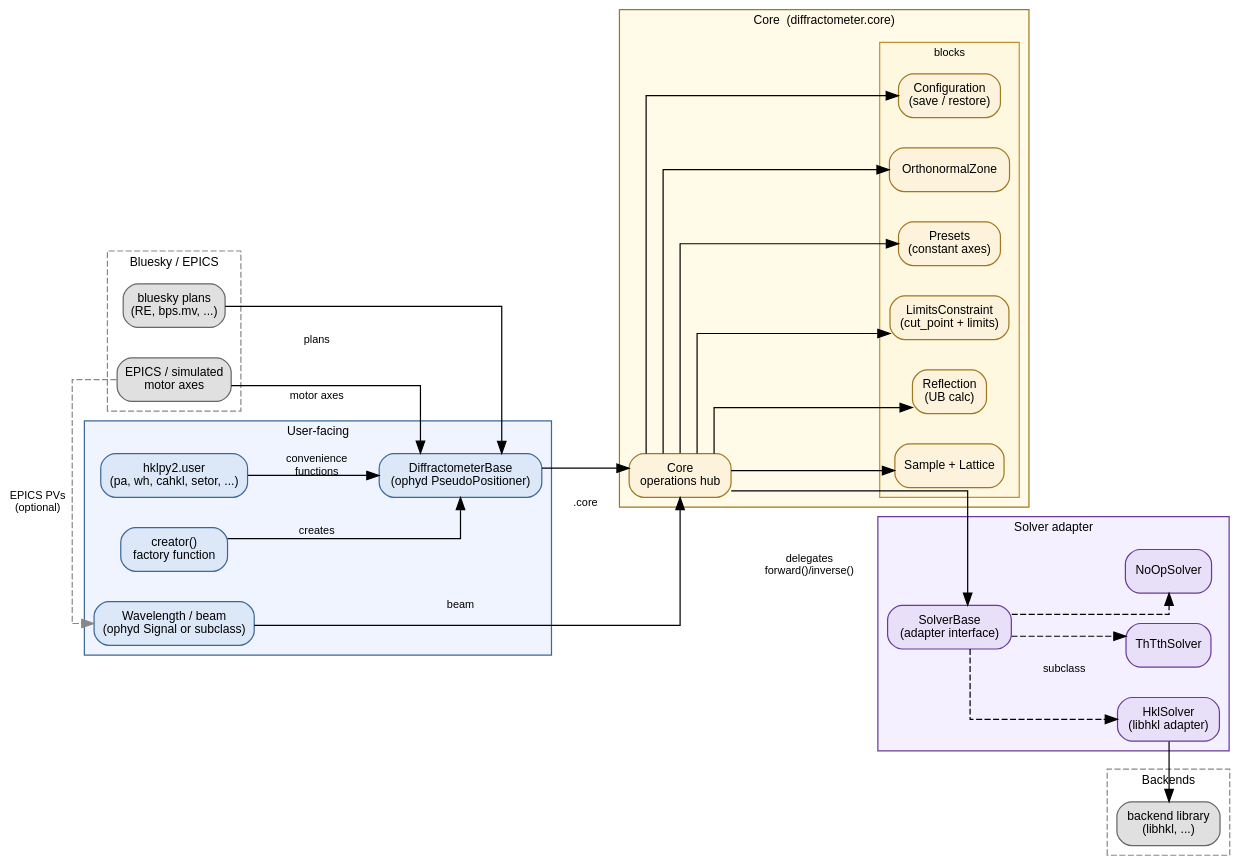
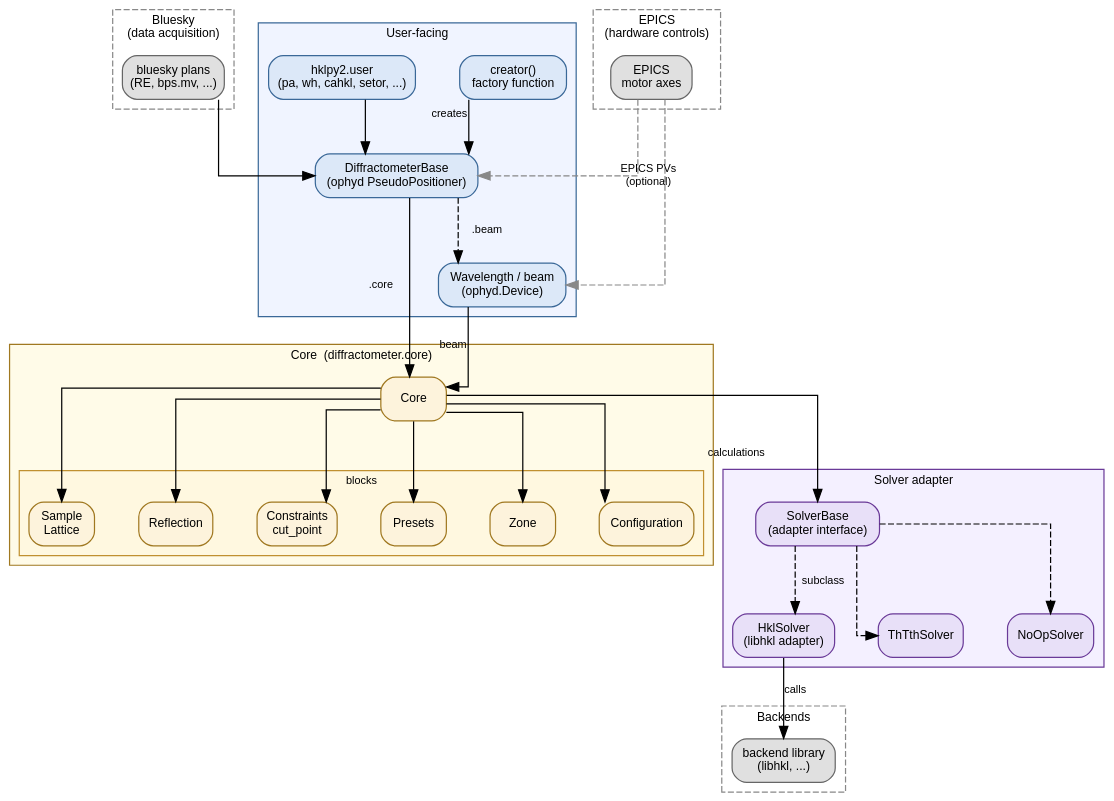
One commit to bluesky/hklpy2 changed the diagram in docs/source/concepts/__overview.rst. Above: the diagram before and after it, drawn with Graphviz.

Commit message:
docs #296 refine architecture diagram labels and layout
Shorten block labels (Sample/Lattice, Reflection, Constraints,
Presets, Zone, Configuration), simplify Core label, change
'forward()/inverse()' edge to 'calculations'. Revert to TB layout
after LR experiment; keep Bluesky/EPICS as separate clusters with
EPICS below user-facing, DiffractometerBase/.beam interconnect.
Agent: OpenCode (claudeopus46)

```diff
--- a/docs/source/concepts/__overview.rst
+++ b/docs/source/concepts/__overview.rst
@@ -31,25 +31,22 @@
 .. graphviz::
-    :caption: hklpy2 package architecture -- components grouped by layer (left to right).
+    :caption: hklpy2 package architecture -- components grouped by layer.
     :align: center
 
     digraph hklpy2_architecture {
-        graph [rankdir=LR, splines=ortho, nodesep=0.35, ranksep=0.7,
+        graph [rankdir=TB, splines=ortho, nodesep=0.5, ranksep=0.6,
                fontname="sans-serif", bgcolor="transparent", compound=true]
         node  [shape=box, style="rounded,filled", fontname="sans-serif",
                fontsize=10, margin="0.10,0.05"]
         edge  [fontname="sans-serif", fontsize=9]
 
-        subgraph cluster_bluesky_epics {
-            label="Bluesky / EPICS"
+        subgraph cluster_bluesky {
+            label="Bluesky\n(data acquisition)"
             style=dashed
             color="#888888"
             fontname="sans-serif"
             fontsize=10
-            rank=source
 
             bluesky  [label="bluesky plans\n(RE, bps.mv, ...)",
-                      fillcolor="#e0e0e0", color="#666666"]
-            epics    [label="EPICS / simulated\nmotor axes",
                       fillcolor="#e0e0e0", color="#666666"]
         }
 
@@ -61,13 +58,13 @@
             fontname="sans-serif"
             fontsize=10
 
-            diffract   [label="DiffractometerBase\n(ophyd PseudoPositioner)",
+            creator    [label="creator()\nfactory function",
                         fillcolor="#dce8f8", color="#3a6898"]
             usermod    [label="hklpy2.user\n(pa, wh, cahkl, setor, ...)",
                         fillcolor="#dce8f8", color="#3a6898"]
-            creator    [label="creator()\nfactory function",
+            diffract   [label="DiffractometerBase\n(ophyd PseudoPositioner)",
                         fillcolor="#dce8f8", color="#3a6898"]
-            wavelength [label="Wavelength / beam\n(ophyd Signal or subclass)",
+            wavelength [label="Wavelength / beam\n(ophyd.Device)",
                         fillcolor="#dce8f8", color="#3a6898"]
         }
 
@@ -79,7 +76,7 @@
             fontname="sans-serif"
             fontsize=10
 
-            core [label="Core\noperations hub",
+            core [label="Core",
                   fillcolor="#fdf3dc", color="#a07820"]
 
             subgraph cluster_blocks {
@@ -90,17 +87,17 @@
                 fontname="sans-serif"
                 fontsize=9
 
-                sample      [label="Sample + Lattice",
+                sample      [label="Sample\nLattice",
                              fillcolor="#fdf3dc", color="#a07820"]
-                reflection  [label="Reflection\n(UB calc)",
+                reflection  [label="Reflection",
                              fillcolor="#fdf3dc", color="#a07820"]
-                constraints [label="LimitsConstraint\n(cut_point + limits)",
+                constraints [label="Constraints\ncut_point",
                              fillcolor="#fdf3dc", color="#a07820"]
-                presets     [label="Presets\n(constant axes)",
+                presets     [label="Presets",
                              fillcolor="#fdf3dc", color="#a07820"]
-                zone        [label="OrthonormalZone",
+                zone        [label="Zone",
                              fillcolor="#fdf3dc", color="#a07820"]
-                configure   [label="Configuration\n(save / restore)",
+                configure   [label="Configuration",
                              fillcolor="#fdf3dc", color="#a07820"]
 
                 { rank=same; sample; reflection; constraints }
@@ -126,6 +123,17 @@
                           fillcolor="#e8e0f8", color="#6a3a98"]
         }
 
+        subgraph cluster_epics {
+            label="EPICS\n(hardware controls)"
+            style=dashed
+            color="#888888"
+            fontname="sans-serif"
+            fontsize=10
+
+            epics    [label="EPICS\nmotor axes",
+                      fillcolor="#e0e0e0", color="#666666"]
+        }
+
         subgraph cluster_backend {
             label="Backends"
             style=dashed
@@ -137,27 +145,24 @@
                       fillcolor="#e0e0e0", color="#666666"]
         }
 
-        // invisible chain enforces left-to-right cluster order:
-        // Bluesky/EPICS -> User-facing -> Core -> Solver -> Backends
-        bluesky -> diffract -> core -> solverbase -> backend [style=invis, weight=10]
+        bluesky    -> diffract
+        epics      -> diffract   [style=dashed, color="#888888"]
+        epics      -> wavelength [label="EPICS PVs\n(optional)",
+                                  style=dashed, color="#888888"]
+        creator    -> diffract   [xlabel="creates"]
+        usermod    -> diffract
+        diffract   -> wavelength [style=dashed, label=".beam"]
 
-        bluesky  -> diffract   [label="plans"]
-        epics    -> diffract   [label="motor axes"]
-        epics    -> wavelength [label="EPICS PVs\n(optional)",
-                                style=dashed, color="#888888"]
-        usermod  -> diffract   [label="convenience\nfunctions"]
-        creator  -> diffract   [label="creates"]
+        diffract   -> core       [label=".core"]
+        wavelength -> core       [xlabel="beam"]
+        core       -> sample
+        core       -> reflection
+        core       -> constraints
+        core       -> presets
+        core       -> zone
+        core       -> configure
 
-        diffract   -> core     [label=".core"]
-        wavelength -> core     [label="beam"]
-        core -> sample
-        core -> reflection
-        core -> constraints
-        core -> presets
-        core -> zone
-        core -> configure
-
-        core       -> solverbase   [label="delegates\nforward()/inverse()"]
+        core       -> solverbase   [label="calculations"]
         solverbase -> hklsolver    [style=dashed, label="subclass"]
         solverbase -> thttthsolver [style=dashed]
         solverbase -> noopsolver   [style=dashed]
```
